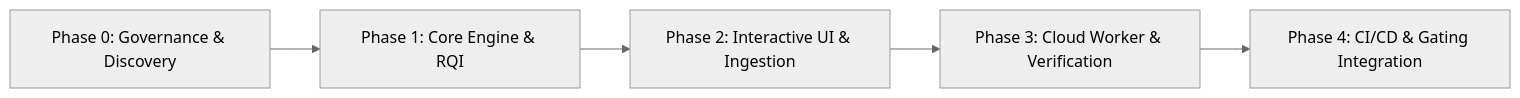
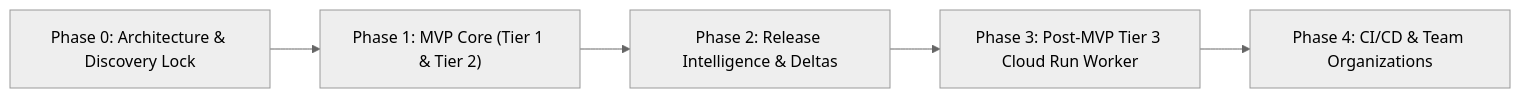
One commit to skandachandrashekar335-wq/ReleaseLens changed the diagram in docs/ROADMAP.md. Above: the diagram before and after it, drawn with Mermaid (neutral theme). The commit also changed other lines of this file and 8 other files, not shown here.

Commit message:
docs: finalize MVP specification, accurate capacity arithmetic, and provider architecture (round 5)

````diff
--- a/docs/ROADMAP.md
+++ b/docs/ROADMAP.md
@@ -10,7 +10,7 @@
 ```mermaid
 flowchart LR
-    P0["Phase 0: Governance & Discovery"] --> P1["Phase 1: Core Engine & RQI"]
-    P1 --> P2["Phase 2: Interactive UI & Ingestion"]
-    P2 --> P3["Phase 3: Cloud Worker & Verification"]
-    P3 --> P4["Phase 4: CI/CD & Gating Integration"]
+    P0["Phase 0: Architecture & Discovery Lock"] --> P1["Phase 1: MVP Core (Tier 1 & Tier 2)"]
+    P1 --> P2["Phase 2: Release Intelligence & Deltas"]
+    P2 --> P3["Phase 3: Post-MVP Tier 3 Cloud Run Worker"]
+    P3 --> P4["Phase 4: CI/CD & Team Organizations"]
 ```
````
